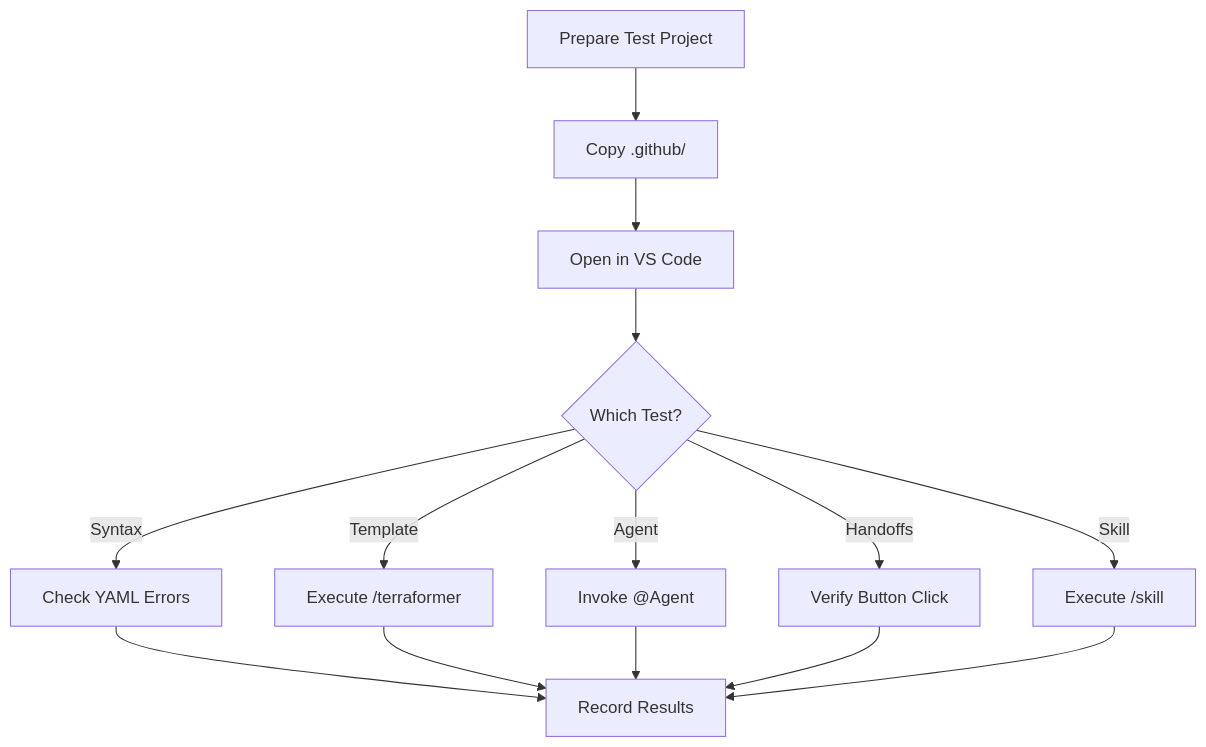
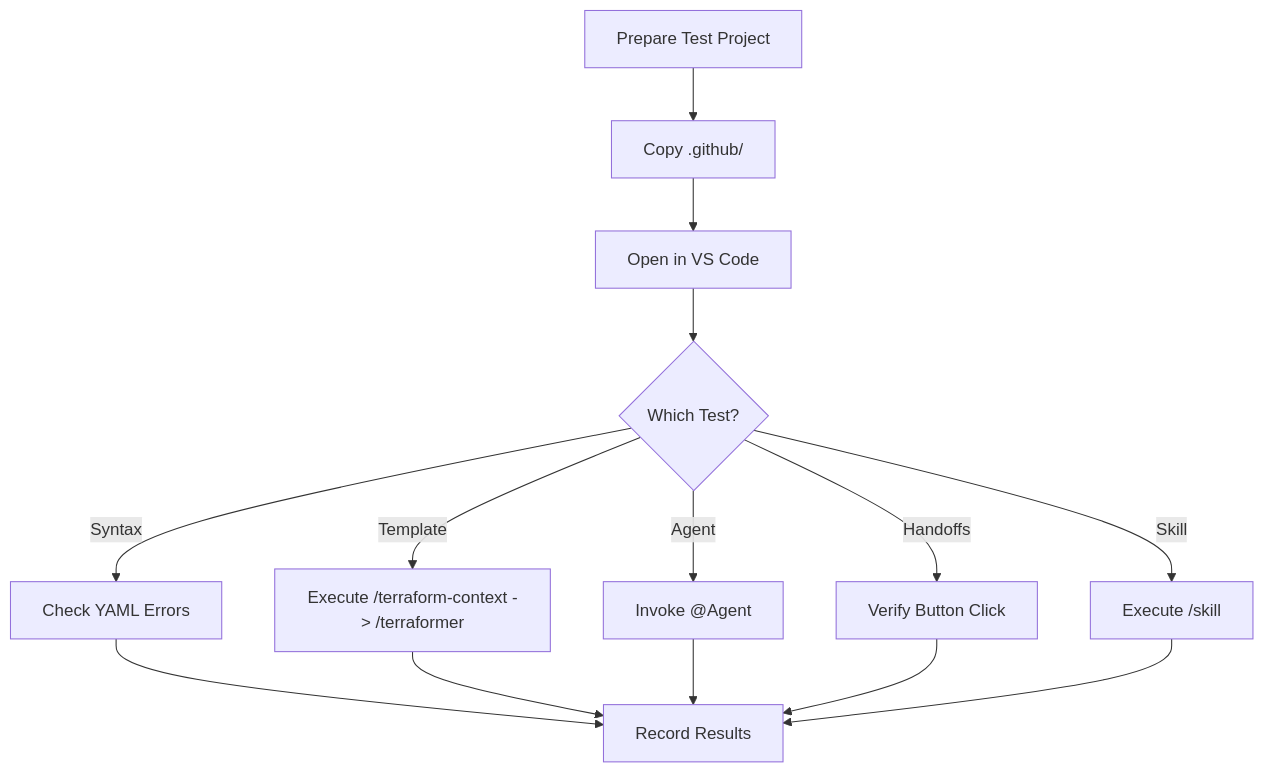
The diagram in agents-docs/testing.md (LongbowXXX/terraformer), drawn with Mermaid before and after one commit. The commit also changed other lines of this file and 8 other files, not shown here.

Commit message:
feat: introduce ANTP v1.4 Roles & Skills architecture with new documentation and updated generation flow.

````diff
--- a/agents-docs/testing.md
+++ b/agents-docs/testing.md
@@ -139,18 +140,18 @@
 ```mermaid
 flowchart TD
     A[Prepare Test Project] --> B[Copy .github/]
     B --> C[Open in VS Code]
     C --> D{Which Test?}
 
     D -->|Syntax| E[Check YAML Errors]
-    D -->|Template| F[Execute /terraformer]
+    D -->|Template| F[Execute /terraform-context -> /terraformer]
     D -->|Agent| G[Invoke @Agent]
     D -->|Handoffs| H[Verify Button Click]
     D -->|Skill| I[Execute /skill]
 
     E --> J[Record Results]
     F --> J
     G --> J
     H --> J
     I --> J
 ```
````
